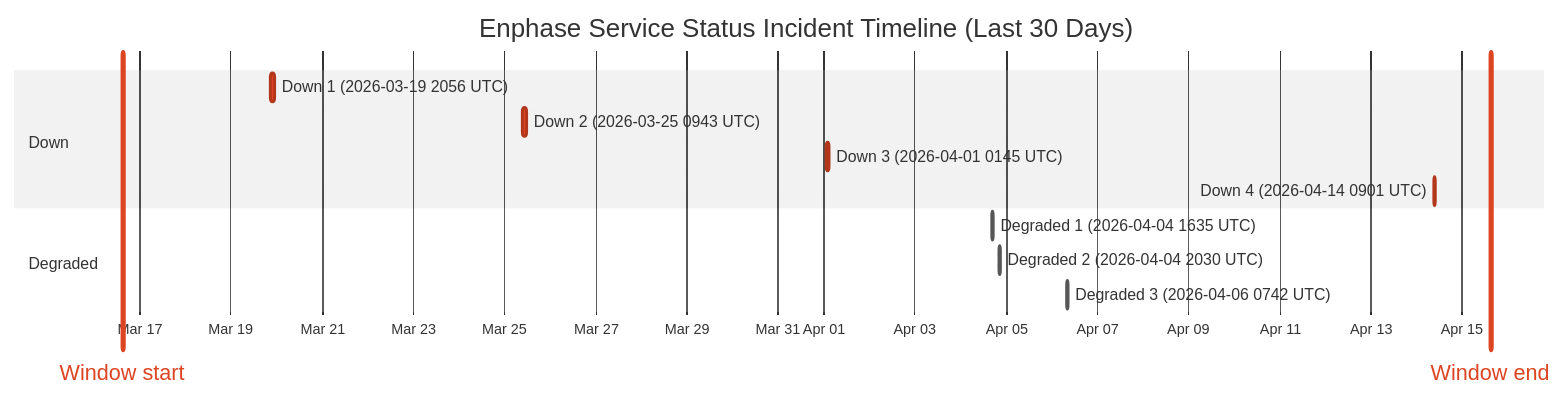
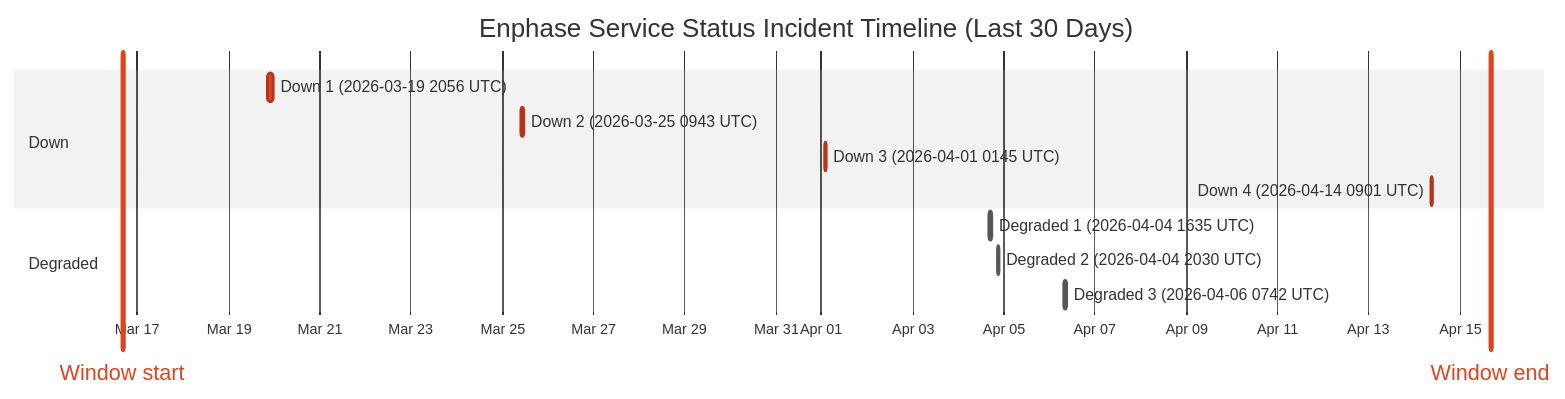
One commit to barneyonline/ha-enphase-ev-charger changed the diagram in wiki/Service-Status-History.md. Above: the diagram before and after it, drawn with Mermaid (neutral theme). The commit also changed other lines of this file and 3 other files, not shown here.

````diff
--- a/wiki/Service-Status-History.md
+++ b/wiki/Service-Status-History.md
@@ -14,17 +14,17 @@
 ```mermaid
 gantt
     title Enphase Service Status Incident Timeline (Last 30 Days)
     dateFormat  YYYY-MM-DDTHH:mm:ss
     axisFormat  %b %d
-    Window start :vert, window-start, 2026-03-16T14:53:29, 0ms
-    Window end :vert, window-end, 2026-04-15T14:53:29, 0ms
+    Window start :vert, window-start, 2026-03-16T16:04:13, 0ms
+    Window end :vert, window-end, 2026-04-15T16:04:13, 0ms
     section Down
     Down 1 (2026-03-19 2056 UTC) :crit, down-1, 2026-03-19T20:56:20, 145m
     Down 2 (2026-03-25 0943 UTC) :crit, down-2, 2026-03-25T09:43:28, 111m
     Down 3 (2026-04-01 0145 UTC) :crit, down-3, 2026-04-01T01:45:09, 60m
     Down 4 (2026-04-14 0901 UTC) :crit, down-4, 2026-04-14T09:01:13, 60m
     section Degraded
     Degraded 1 (2026-04-04 1635 UTC) :active, degraded-1, 2026-04-04T16:35:17, 60m
     Degraded 2 (2026-04-04 2030 UTC) :active, degraded-2, 2026-04-04T20:30:40, 60m
     Degraded 3 (2026-04-06 0742 UTC) :active, degraded-3, 2026-04-06T07:42:09, 85m
 ```
````
